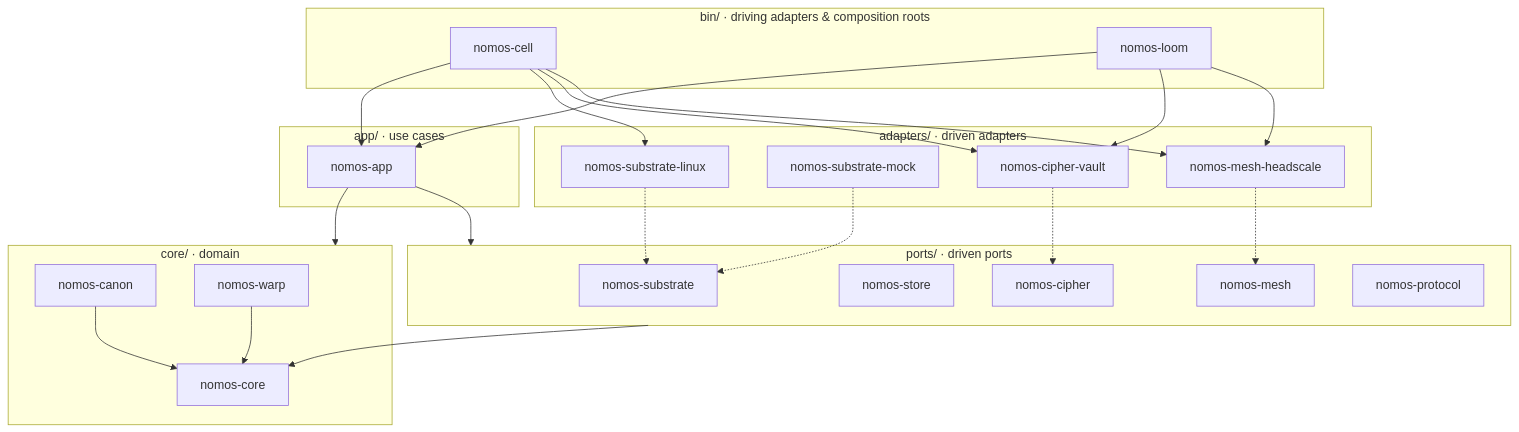
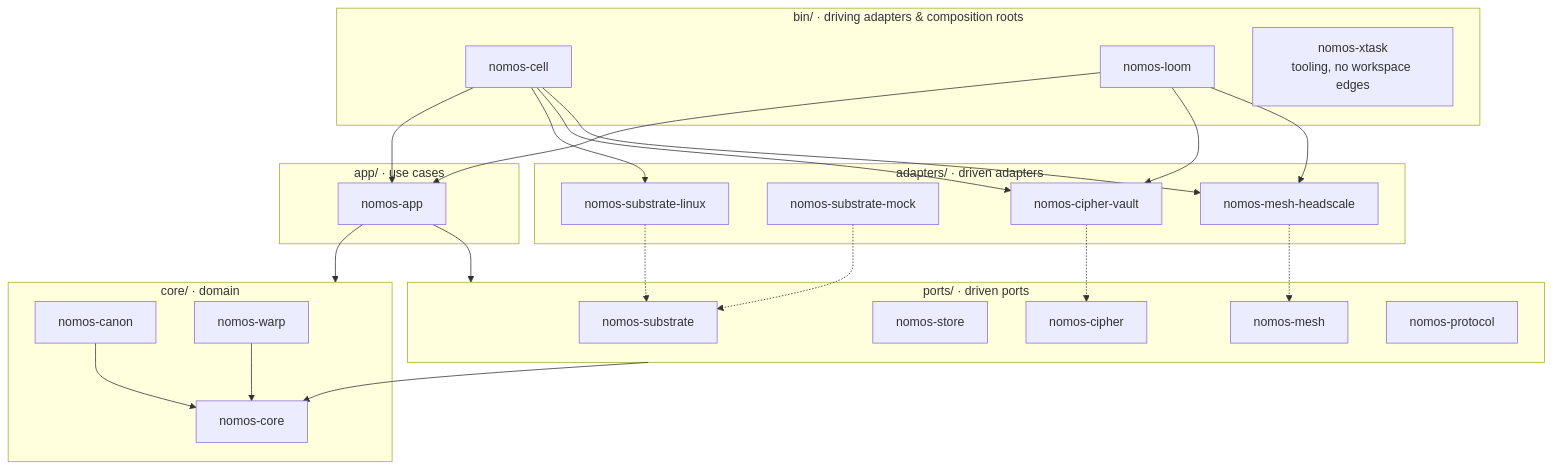
One commit to kmosoti/Nomos changed the diagram in docs/architecture/hexagon.md. Above: the diagram before and after it, drawn with Mermaid. The commit also changed other lines of this file and 11 other files, not shown here.

````diff
--- a/docs/architecture/hexagon.md
+++ b/docs/architecture/hexagon.md
@@ -5,39 +5,40 @@
 ```mermaid
 flowchart TB
     subgraph bin["bin/ · driving adapters &amp; composition roots"]
         cell["nomos-cell"]
         loom["nomos-loom"]
+        xtask["nomos-xtask<br/>tooling, no workspace edges"]
     end
     subgraph app["app/ · use cases"]
         napp["nomos-app"]
     end
     subgraph core["core/ · domain"]
         ncore["nomos-core"]
         canon["nomos-canon"]
         warp["nomos-warp"]
     end
     subgraph ports["ports/ · driven ports"]
         psub["nomos-substrate"]
         pstore["nomos-store"]
         pcip["nomos-cipher"]
         pmesh["nomos-mesh"]
         pproto["nomos-protocol"]
     end
     subgraph adapters["adapters/ · driven adapters"]
         alinux["nomos-substrate-linux"]
         amock["nomos-substrate-mock"]
         avault["nomos-cipher-vault"]
         ahs["nomos-mesh-headscale"]
     end
 
     cell & loom --> napp
     napp --> core
     napp --> ports
     ports --> ncore
     canon & warp --> ncore
     alinux & amock -.-> psub
     avault -.-> pcip
     ahs -.-> pmesh
     cell --> alinux & avault & ahs
     loom --> avault & ahs
 ```
````
